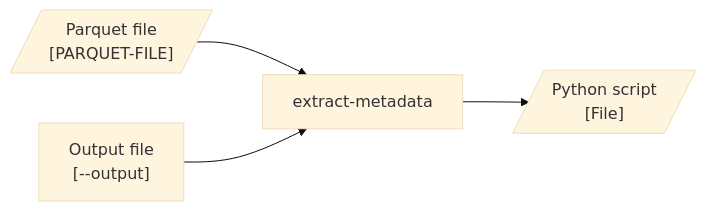
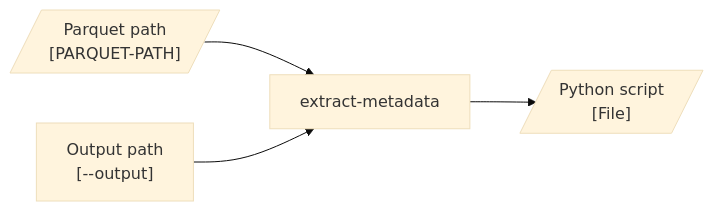
Before and after one commit to seedcase-project/seedcase-sprout: the diagram in docs/design/interface/cli.qmd, drawn with Mermaid (base theme).

Commit message:
docs: :pencil2: edits from review

````diff
--- a/docs/design/interface/cli.qmd
+++ b/docs/design/interface/cli.qmd
@@ -47,19 +47,19 @@
 ```{mermaid}
 %%| label: fig-cli-extract-metadata-flow
 %%| fig-cap: "The flow of input and output through the CLI `extract-metadata` command."
 %%| fig-alt: >-
 %%|   Diagram showing the flow of input and output through the CLI
 %%|   `extract-metadata` command. The user provides the path to the Parquet file
 %%|   and the output file, which are used to generate a Python script with
 %%|   extracted metadata.
 
 flowchart LR
-    parquet[/"Parquet file<br>[PARQUET-FILE]"/]
-    output_opt["Output file<br>[--output]"]
+    parquet[/"Parquet path<br>[PARQUET-PATH]"/]
+    output_opt["Output path<br>[--output]"]
     extract["extract-metadata"]
     output[/"Python script<br>[File]"/]
 
     parquet --> extract
     output_opt --> extract
     extract --> output
 ```
````
